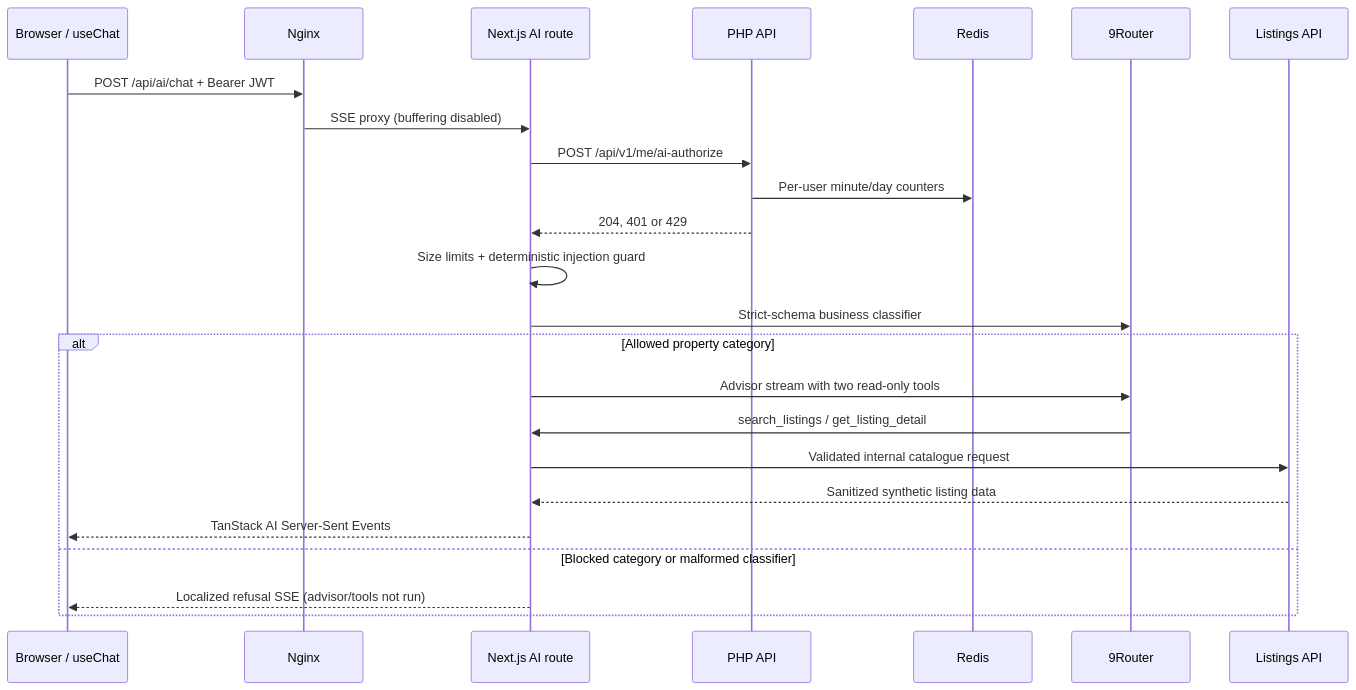
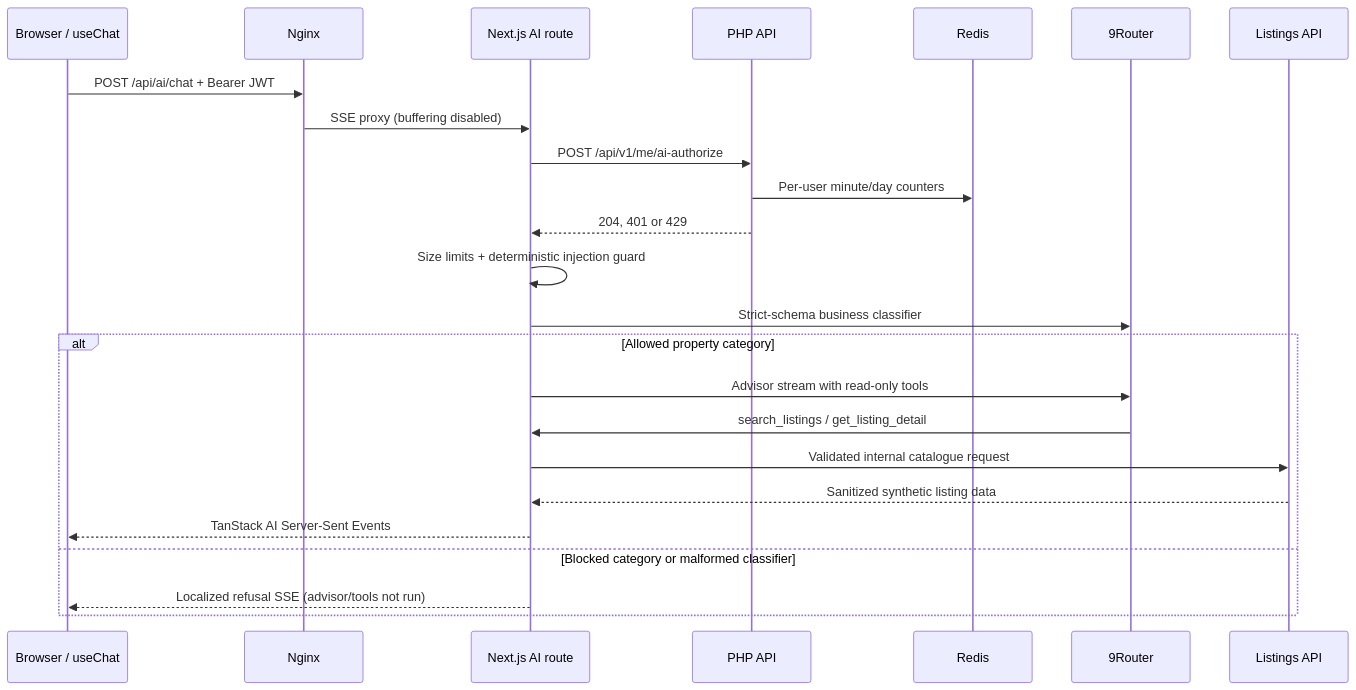
One commit to LangPhan/homescope-sg changed the diagram in docs/ai-advisor.md. Above: the diagram before and after it, drawn with Mermaid. The commit also changed other lines of this file and 6 other files, not shown here.

````diff
--- a/docs/ai-advisor.md
+++ b/docs/ai-advisor.md
@@ -5,27 +5,27 @@
 ```mermaid
 sequenceDiagram
   participant B as Browser / useChat
   participant N as Nginx
   participant W as Next.js AI route
   participant P as PHP API
   participant R as Redis
   participant A as 9Router
   participant L as Listings API
 
   B->>N: POST /api/ai/chat + Bearer JWT
   N->>W: SSE proxy (buffering disabled)
   W->>P: POST /api/v1/me/ai-authorize
   P->>R: Per-user minute/day counters
   P-->>W: 204, 401 or 429
   W->>W: Size limits + deterministic injection guard
   W->>A: Strict-schema business classifier
   alt Allowed property category
-    W->>A: Advisor stream with two read-only tools
+    W->>A: Advisor stream with read-only tools
     A->>W: search_listings / get_listing_detail
     W->>L: Validated internal catalogue request
     L-->>W: Sanitized synthetic listing data
     W-->>B: TanStack AI Server-Sent Events
   else Blocked category or malformed classifier
     W-->>B: Localized refusal SSE (advisor/tools not run)
   end
 ```
````
